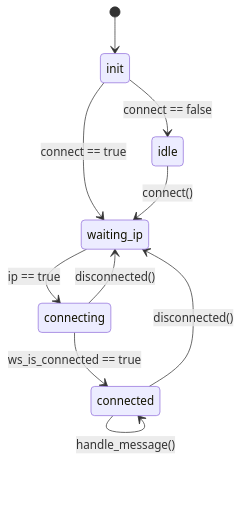
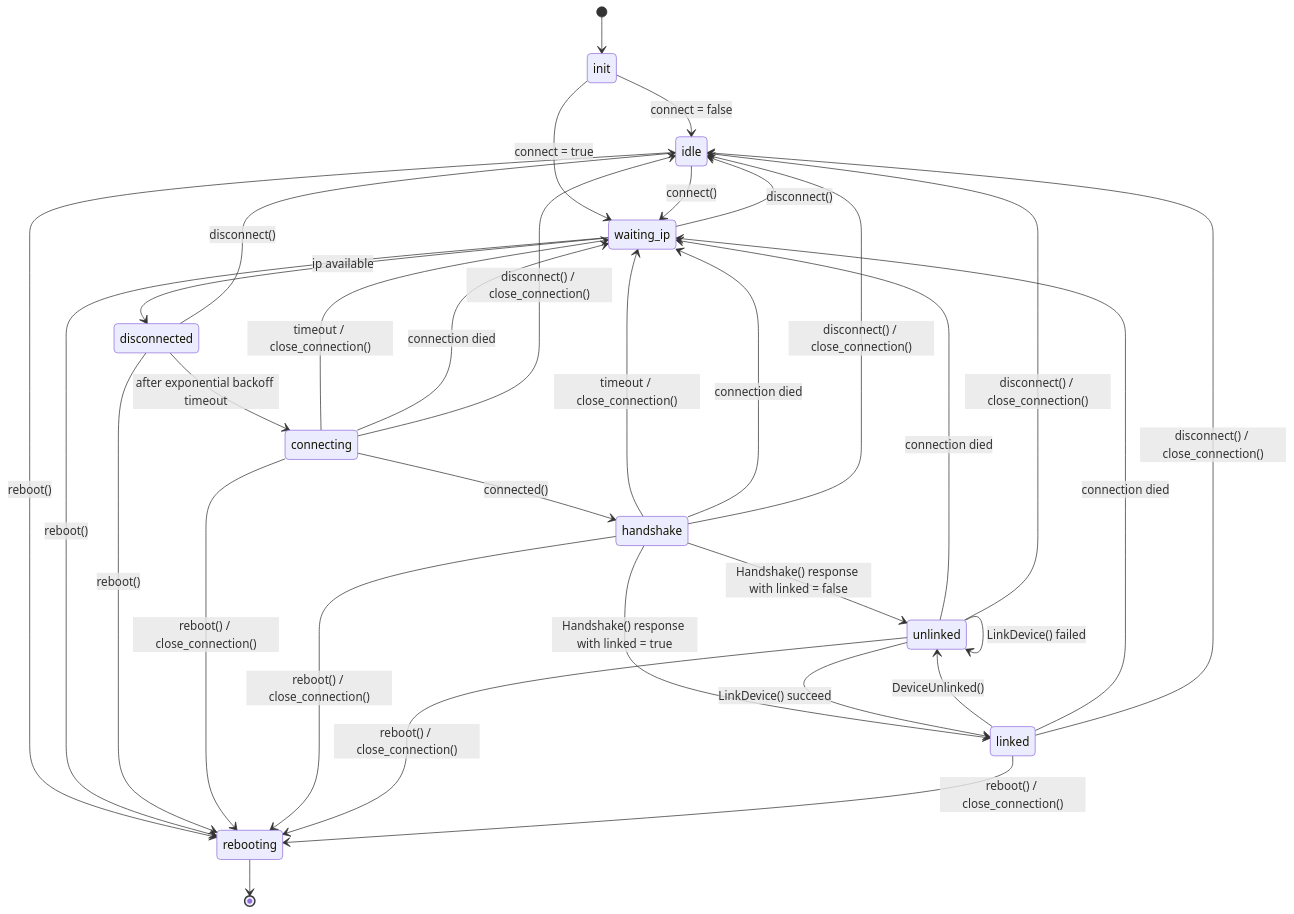
Before and after one commit to grisp/grisp_connect: the diagram in docs/grisp_connect_client.md, drawn with Mermaid. The commit also changed 4 other files, not shown here.

````diff
--- a/docs/grisp_connect_client.md
+++ b/docs/grisp_connect_client.md
@@ -1,15 +5,36 @@
 ```mermaid
-stateDiagram-v2
-    [*] --> init
-    init --> waiting_ip: connect == true
-    init --> idle: connect == false
-
-    idle --> waiting_ip: connect()
-    waiting_ip --> connecting: ip == true
-    connected --> waiting_ip: disconnected()
-    connected --> connected: request()
-    connected --> connected: handle_message()
-    connecting --> connected: ws_is_connected == true
-    connecting --> waiting_ip: disconnected()
-
+stateDiagram
+  direction TB
+  [*] --> init
+  init --> idle:connect = false
+  init --> waiting_ip:connect = true
+  idle --> waiting_ip:connect()
+  idle --> rebooting:reboot()
+  waiting_ip --> disconnected:ip available
+  waiting_ip --> idle:disconnect()
+  waiting_ip --> rebooting:reboot()
+  disconnected --> connecting:after exponential backoff timeout
+  disconnected --> idle:disconnect()
+  disconnected --> rebooting:reboot()
+  connecting --> waiting_ip:timeout / close_connection()
+  connecting --> waiting_ip:connection died
+  connecting --> handshake:connected()
+  connecting --> idle:disconnect() / close_connection()
+  connecting --> rebooting:reboot() / close_connection()
+  handshake --> waiting_ip:timeout / close_connection()
+  handshake --> waiting_ip:connection died
+  handshake --> unlinked:Handshake() response with linked = false
+  handshake --> linked:Handshake() response with linked = true
+  handshake --> idle:disconnect() / close_connection()
+  handshake --> rebooting:reboot() / close_connection()
+  unlinked --> waiting_ip:connection died
+  unlinked --> linked:LinkDevice() succeed
+  unlinked --> unlinked:LinkDevice() failed
+  unlinked --> idle:disconnect() / close_connection()
+  unlinked --> rebooting:reboot() / close_connection()
+  linked --> unlinked:DeviceUnlinked()
+  linked --> waiting_ip:connection died
+  linked --> idle:disconnect() / close_connection()
+  linked --> rebooting:reboot() / close_connection()
+  rebooting --> [*]:  
 ```
````
